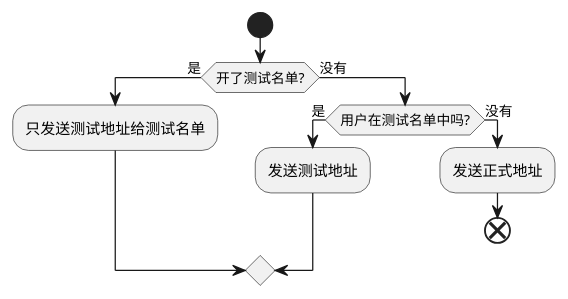
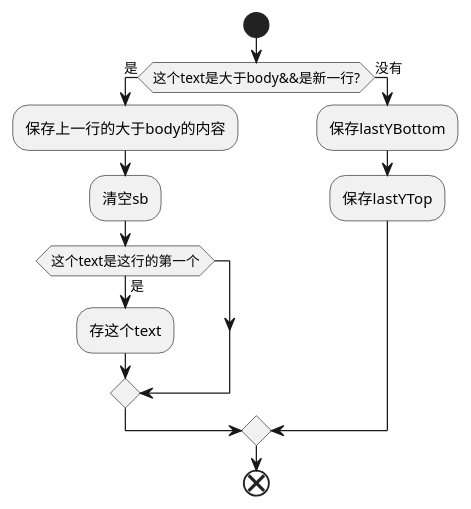
Before and after one commit to zwxbest/autobookmark: the diagram in dd.puml, drawn with PlantUML. The commit also changed 1 other file, not shown here.

```diff
--- a/dd.puml
+++ b/dd.puml
@@ -1,12 +1,14 @@
 @startuml
 start
-if (开了测试名单?) then(是)
-:只发送测试地址给测试名单;
+if (这个text是大于body&&是新一行?) then(是)
+:保存上一行的大于body的内容;
+:清空sb;
+if(这个text是这行的第一个) then(是)
+:存这个text;
+endif
 else(没有)
-if(用户在测试名单中吗?)then(是)
-:发送测试地址;
-else(没有)
-:发送正式地址;
-
+:保存lastYBottom;
+:保存lastYTop;
+endif
 end
 @enduml
```
